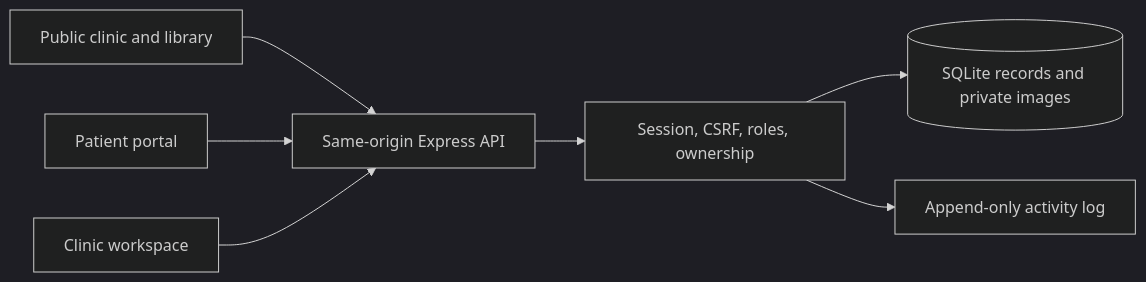
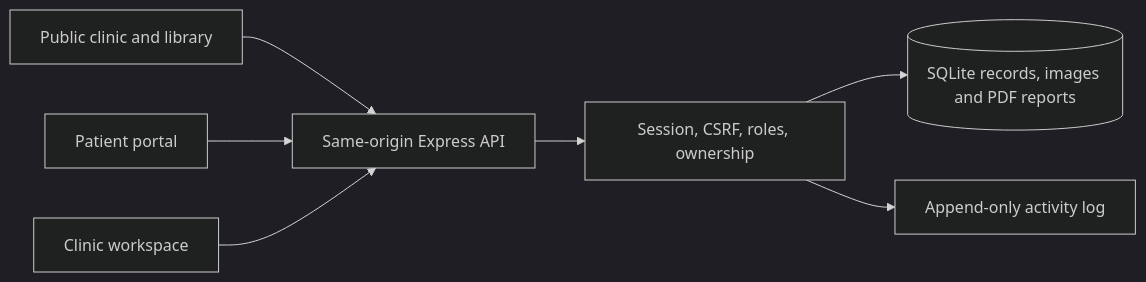
Before and after one commit to rakshitachopade2-del/doctor: the diagram in docs/ARCHITECTURE.md, drawn with Mermaid (dark theme). The commit also changed other lines of this file and 33 other files, not shown here.

Commit message:
feat: connect clinical investigations procedures and private reports

````diff
--- a/docs/ARCHITECTURE.md
+++ b/docs/ARCHITECTURE.md
@@ -9,9 +9,9 @@
 ```mermaid
 flowchart LR
   Public[Public clinic and library] --> API[Same-origin Express API]
   Patient[Patient portal] --> API
   Staff[Clinic workspace] --> API
   API --> Access[Session, CSRF, roles, ownership]
-  Access --> Records[(SQLite records and private images)]
+  Access --> Records[(SQLite records, images and PDF reports)]
   Access --> Audit[Append-only activity log]
 ```
````
